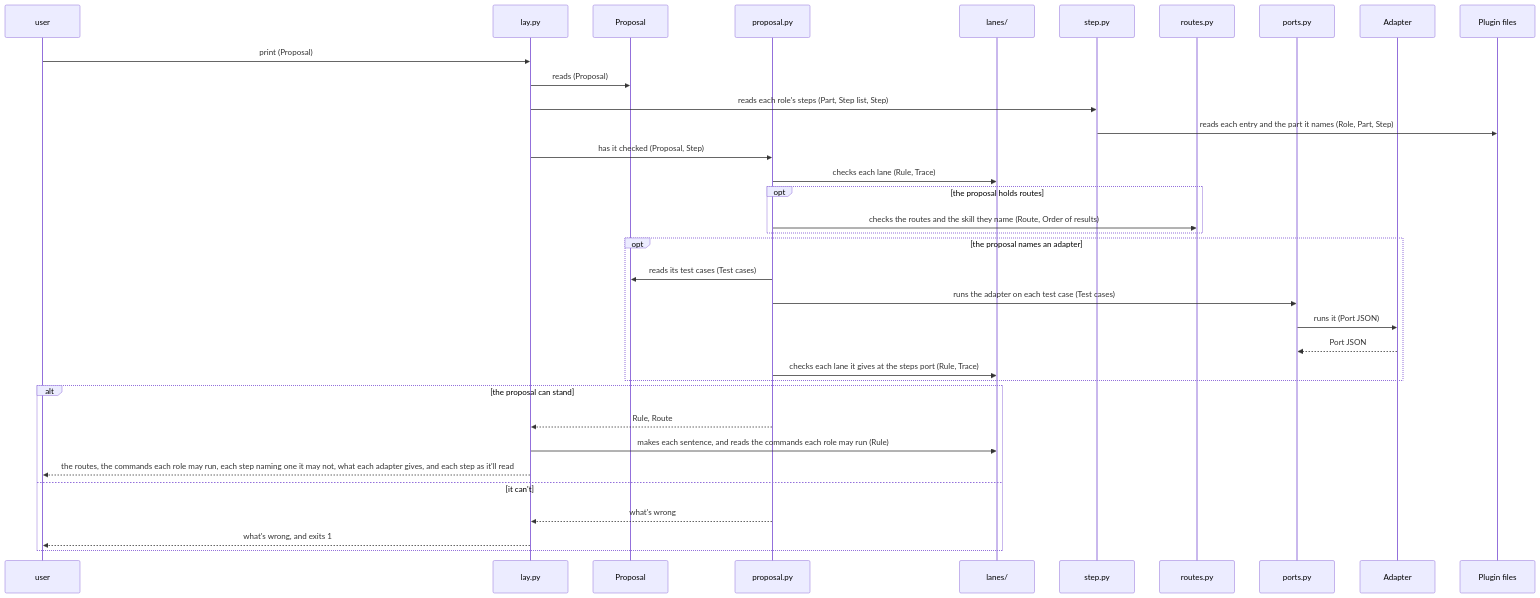
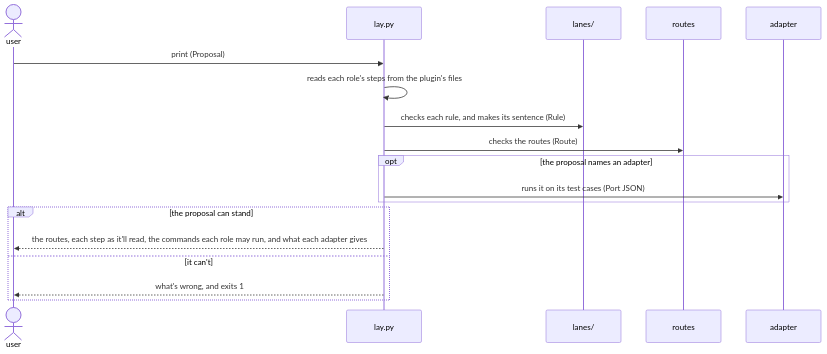
Before and after one commit to lovaizu/ccpm: the first of 7 diagrams in dev/lane/architecture.md, drawn with Mermaid. The commit also changed other lines of this file and 2 other files, not shown here.

````diff
--- a/dev/lane/architecture.md
+++ b/dev/lane/architecture.md
@@ -316,37 +163,20 @@
 ```mermaid
 sequenceDiagram
-  participant U as user
+  actor U as user
   participant L as lay.py
-  participant PS as Proposal
-  participant P as proposal.py
   participant LN as lanes/
-  participant ST as step.py
-  participant RT as routes.py
-  participant PO as ports.py
-  participant AD as Adapter
-  participant PF as Plugin files
+  participant RT as routes
+  participant AD as adapter
   U->>L: print (Proposal)
-  L->>PS: reads (Proposal)
-  L->>ST: reads each role's steps (Part, Step list, Step)
-  ST->>PF: reads each entry and the part it names (Role, Part, Step)
-  L->>P: has it checked (Proposal, Step)
-  P->>LN: checks each lane (Rule, Trace)
-  opt the proposal holds routes
-    P->>RT: checks the routes and the skill they name (Route, Order of results)
-  end
+  L->>L: reads each role's steps from the plugin's files
+  L->>LN: checks each rule, and makes its sentence (Rule)
+  L->>RT: checks the routes (Route)
   opt the proposal names an adapter
-    P->>PS: reads its test cases (Test cases)
-    P->>PO: runs the adapter on each test case (Test cases)
-    PO->>AD: runs it (Port JSON)
-    AD-->>PO: Port JSON
-    P->>LN: checks each lane it gives at the steps port (Rule, Trace)
+    L->>AD: runs it on its test cases (Port JSON)
   end
   alt the proposal can stand
-    P-->>L: Rule, Route
-    L->>LN: makes each sentence, and reads the commands each role may run (Rule)
-    L-->>U: the routes, the commands each role may run, each step naming one it may not, what each adapter gives, and each step as it'll read
+    L-->>U: the routes, each step as it'll read, the commands each role may run, and what each adapter gives
   else it can't
-    P-->>L: what's wrong
     L-->>U: what's wrong, and exits 1
   end
 ```
````
